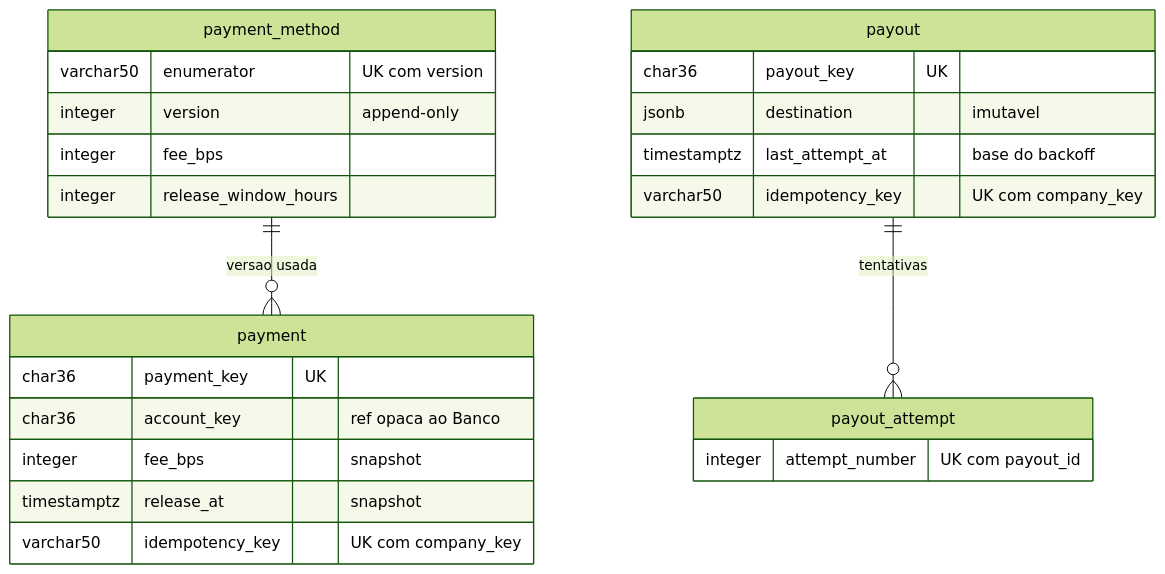
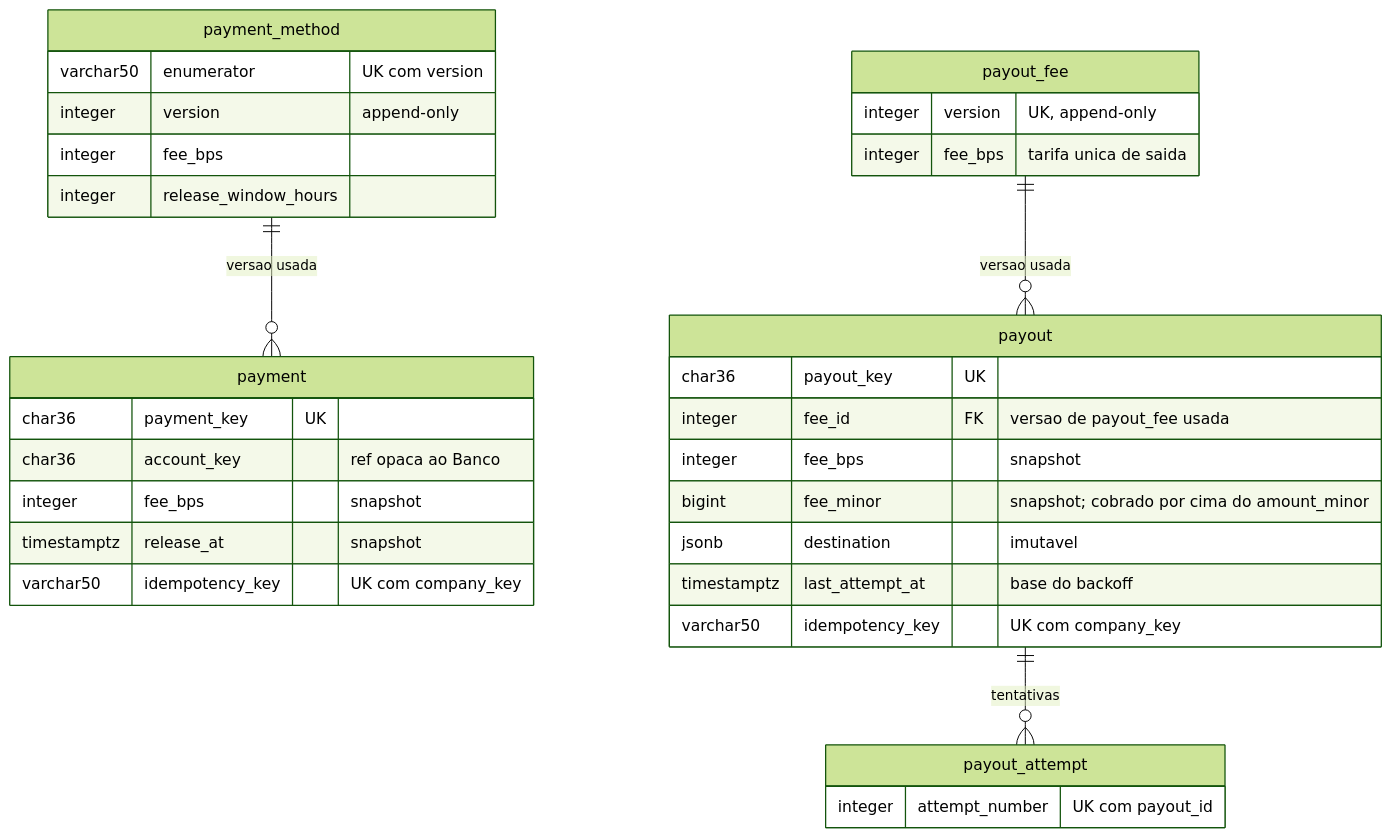
Before and after one commit to oberico/desafio_qitech: the second of 3 diagrams in docs/rfc-rnv-v8.0.md, drawn with Mermaid (forest theme). The commit also changed other lines of this file and 25 other files, not shown here.

Commit message:
test: add integration tests for payout fees and fee reversal during reconciliation

````diff
--- a/docs/rfc-rnv-v8.0.md
+++ b/docs/rfc-rnv-v8.0.md
@@ -114,28 +114,36 @@
 ```mermaid
 erDiagram
     payment_method ||--o{ payment : "versao usada"
+    payout_fee ||--o{ payout : "versao usada"
     payout ||--o{ payout_attempt : "tentativas"
 
     payment_method {
         varchar50 enumerator "UK com version"
         integer version "append-only"
         integer fee_bps
         integer release_window_hours
     }
     payment {
         char36 payment_key UK
         char36 account_key "ref opaca ao Banco"
         integer fee_bps "snapshot"
         timestamptz release_at "snapshot"
         varchar50 idempotency_key "UK com company_key"
     }
+    payout_fee {
+        integer version "UK, append-only"
+        integer fee_bps "tarifa unica de saida"
+    }
     payout {
         char36 payout_key UK
+        integer fee_id FK "versao de payout_fee usada"
+        integer fee_bps "snapshot"
+        bigint fee_minor "snapshot; cobrado por cima do amount_minor"
         jsonb destination "imutavel"
         timestamptz last_attempt_at "base do backoff"
         varchar50 idempotency_key "UK com company_key"
     }
     payout_attempt {
         integer attempt_number "UK com payout_id"
     }
 ```
````
